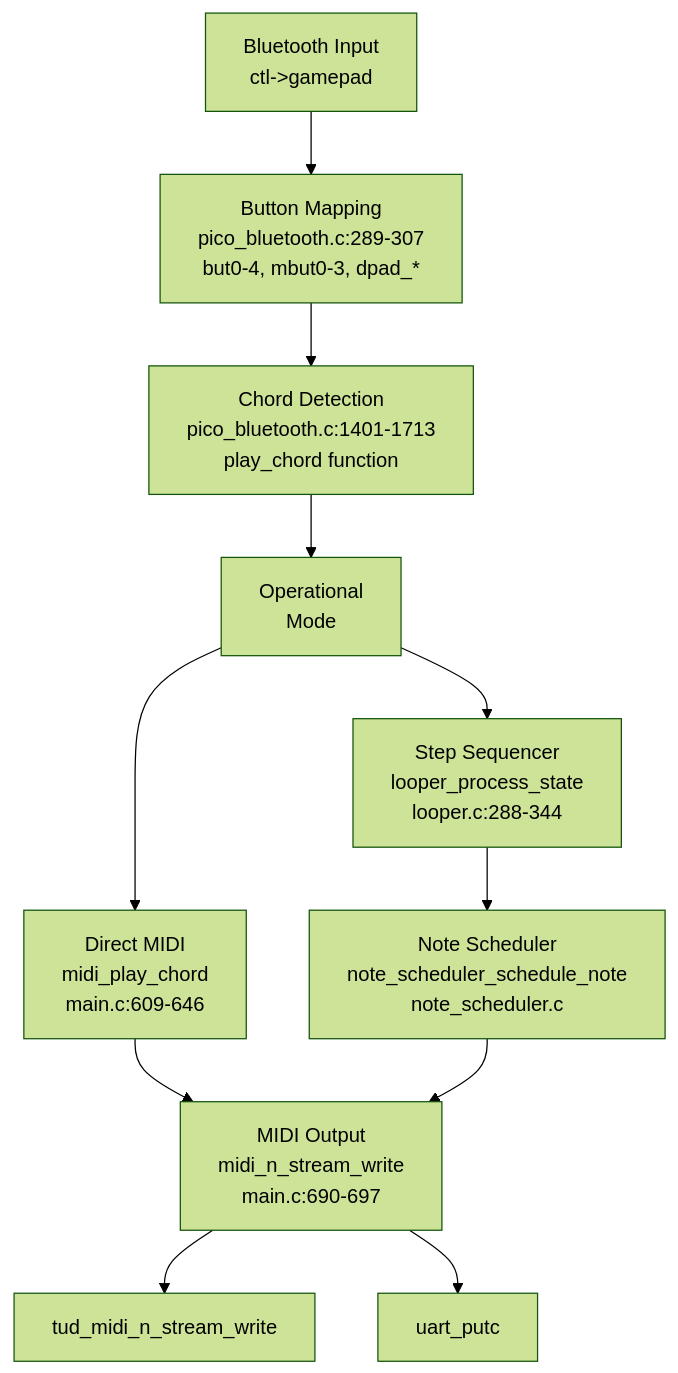
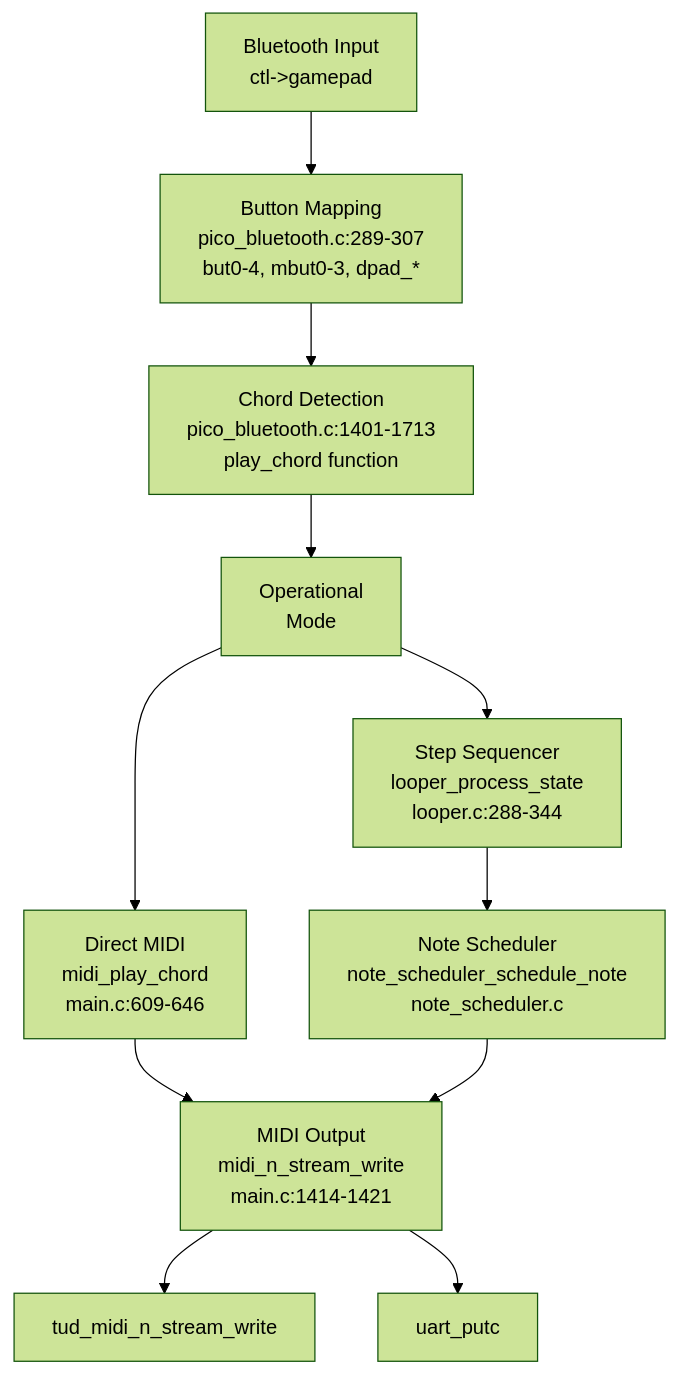
One commit to Jus-Be/orinayo-pico changed the second of 7 diagrams in wiki/1-orinayo-overview.md. Above: the diagram before and after it, drawn with Mermaid (forest theme). The commit also changed other lines of this file and 42 other files, not shown here.

````diff
--- a/wiki/1-orinayo-overview.md
+++ b/wiki/1-orinayo-overview.md
@@ -104,25 +108,25 @@
 ```mermaid
 flowchart TD
 
 BTInput["Bluetooth Input<br>ctl->gamepad"]
 ButtonMap["Button Mapping<br>pico_bluetooth.c:289-307<br>but0-4, mbut0-3, dpad_*"]
 ChordDetect["Chord Detection<br>pico_bluetooth.c:1401-1713<br>play_chord function"]
 ModeBranch["Operational<br>Mode"]
 DirectMIDI["Direct MIDI<br>midi_play_chord<br>main.c:609-646"]
 Looper["Step Sequencer<br>looper_process_state<br>looper.c:288-344"]
 Scheduler["Note Scheduler<br>note_scheduler_schedule_note<br>note_scheduler.c"]
-Output["MIDI Output<br>midi_n_stream_write<br>main.c:690-697"]
+Output["MIDI Output<br>midi_n_stream_write<br>main.c:1414-1421"]
 USBHost["tud_midi_n_stream_write"]
 UARTHost["uart_putc"]
 
 BTInput --> ButtonMap
 ButtonMap --> ChordDetect
 ChordDetect --> ModeBranch
 ModeBranch --> DirectMIDI
 ModeBranch --> Looper
 DirectMIDI --> Output
 Looper --> Scheduler
 Scheduler --> Output
 Output --> USBHost
 Output --> UARTHost
 ```
````
